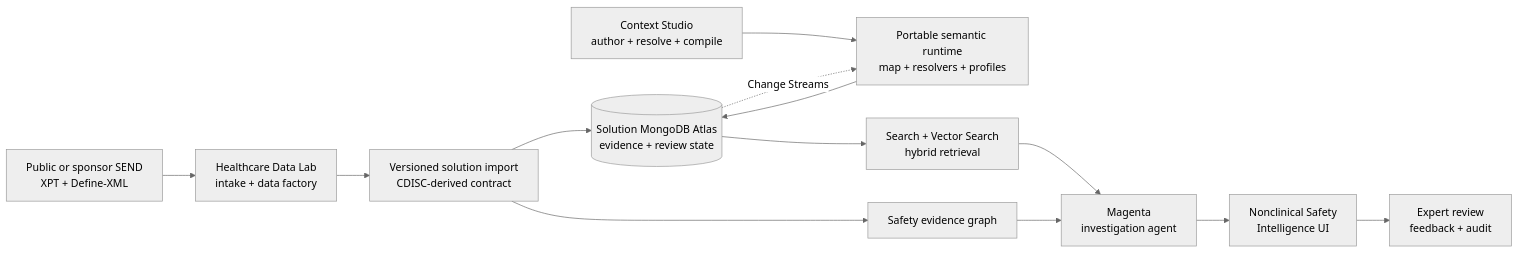
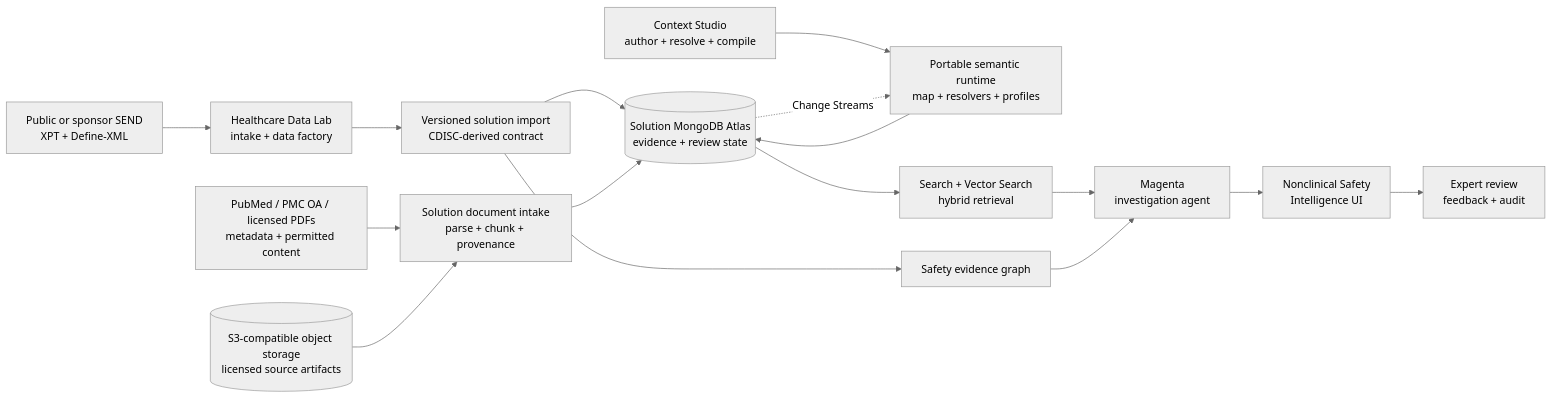
One commit to mongodb-industry-solutions/AI-Ready-Nonclinical-Safety changed the diagram in README.md. Above: the diagram before and after it, drawn with Mermaid (neutral theme). The commit also changed other lines of this file and 19 other files, not shown here.

````diff
--- a/README.md
+++ b/README.md
@@ -58,15 +59,18 @@
 ```mermaid
 flowchart LR
   A[Public or sponsor SEND<br/>XPT + Define-XML] --> B[Healthcare Data Lab<br/>intake + data factory]
   B --> C[Versioned solution import<br/>CDISC-derived contract]
   C --> D[(Solution MongoDB Atlas<br/>evidence + review state)]
+  L[PubMed / PMC OA / licensed PDFs<br/>metadata + permitted content] --> M[Solution document intake<br/>parse + chunk + provenance]
+  M --> D
+  N[(S3-compatible object storage<br/>licensed source artifacts)] --> M
   J[Context Studio<br/>author + resolve + compile] --> K[Portable semantic runtime<br/>map + resolvers + profiles]
   K --> D
   D -. Change Streams .-> K
   D --> E[Search + Vector Search<br/>hybrid retrieval]
   C --> F[Safety evidence graph]
   E --> G[Magenta<br/>investigation agent]
   F --> G
   G --> H[Nonclinical Safety<br/>Intelligence UI]
   H --> I[Expert review<br/>feedback + audit]
 ```
````
